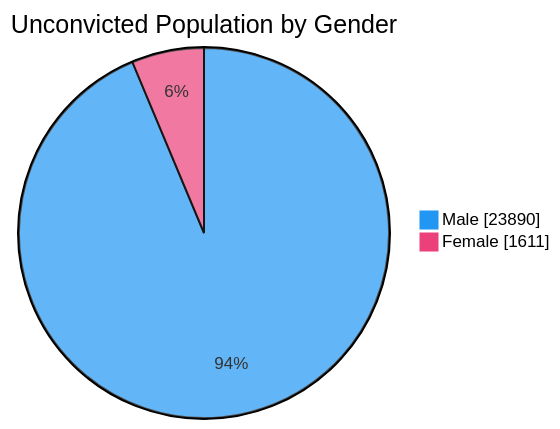
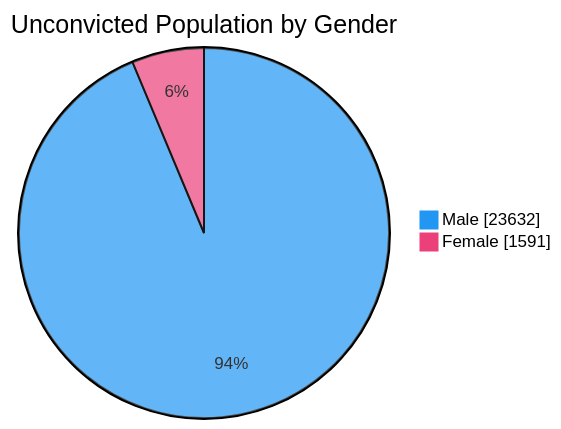
One commit to nuuuwan/lk_prisons changed the fourth of 7 diagrams in README.md. Above: the diagram before and after it, drawn with Mermaid. The commit also changed other lines of this file and 1 other file, not shown here.

````diff
--- a/README.md
+++ b/README.md
@@ -76,6 +76,6 @@
 ```mermaid
 %%{init: {'themeVariables': {'pie1': '#2196F3', 'pie2': '#EC407A'}}}%%
 pie showData title Unconvicted Population by Gender
-    "Male" : 23890
-    "Female" : 1611
+    "Male" : 23632
+    "Female" : 1591
 ```
````
